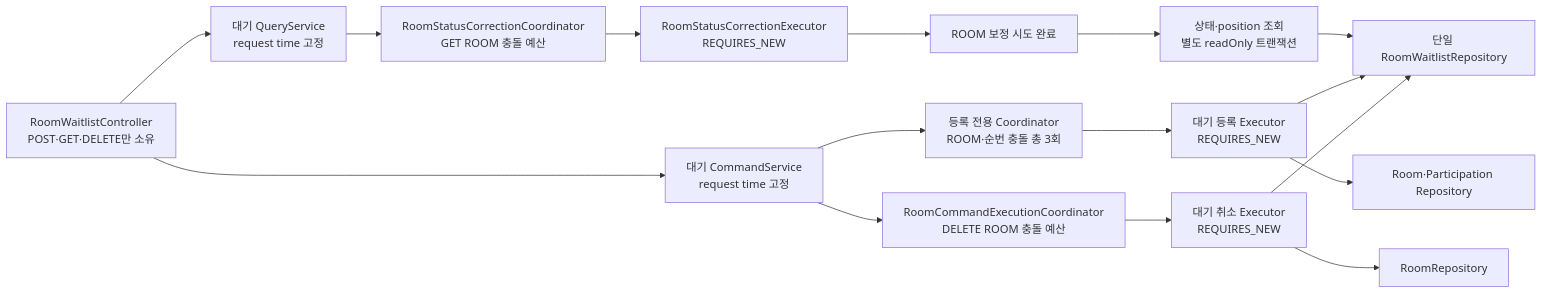
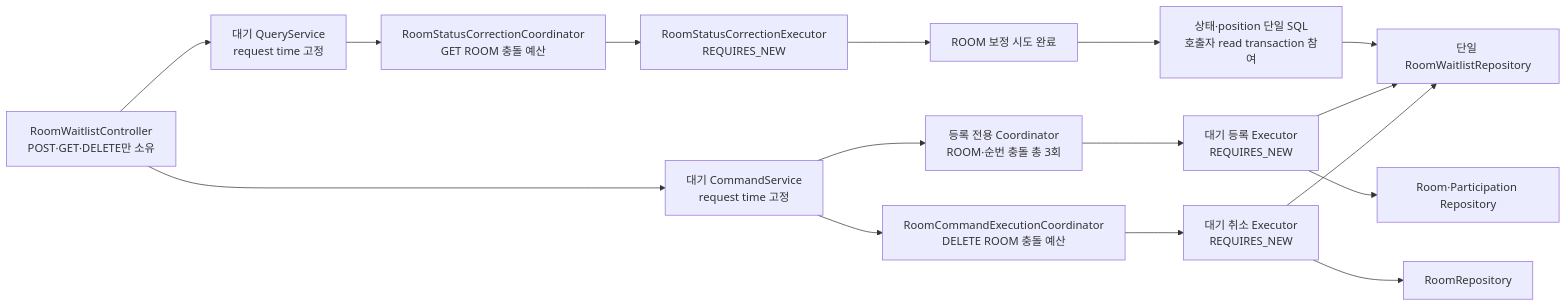
One commit to bamsongi-club/albam-mate changed the fourth of 7 diagrams in docs/ARCHITECTURE.md. Above: the diagram before and after it, drawn with Mermaid. The commit also changed other lines of this file, not shown here.

Commit message:
docs: 대기 조회 트랜잭션 경계 수정

````diff
--- a/docs/ARCHITECTURE.md
+++ b/docs/ARCHITECTURE.md
@@ -240,18 +240,18 @@
 ```mermaid
 flowchart LR
     waitlistController["RoomWaitlistController<br/>POST·GET·DELETE만 소유"] --> waitlistQuery["대기 QueryService<br/>request time 고정"]
     waitlistQuery --> statusCoordinator["RoomStatusCorrectionCoordinator<br/>GET ROOM 충돌 예산"]
     statusCoordinator --> statusExecutor["RoomStatusCorrectionExecutor<br/>REQUIRES_NEW"]
     statusExecutor --> correctionCommitted["ROOM 보정 시도 완료"]
-    correctionCommitted --> waitlistRead["상태·position 조회<br/>별도 readOnly 트랜잭션"]
+    correctionCommitted --> waitlistRead["상태·position 단일 SQL<br/>호출자 read transaction 참여"]
     waitlistRead --> waitlistRepository["단일 RoomWaitlistRepository"]
     waitlistController --> waitlistCommand["대기 CommandService<br/>request time 고정"]
     waitlistCommand --> waitlistCoordinator["등록 전용 Coordinator<br/>ROOM·순번 충돌 총 3회"]
     waitlistCoordinator --> waitlistExecutor["대기 등록 Executor<br/>REQUIRES_NEW"]
     waitlistExecutor --> waitlistRepositories["Room·Participation Repository"]
     waitlistExecutor --> waitlistRepository
     waitlistCommand --> roomCommandCoordinator["RoomCommandExecutionCoordinator<br/>DELETE ROOM 충돌 예산"]
     roomCommandCoordinator --> waitlistCancelExecutor["대기 취소 Executor<br/>REQUIRES_NEW"]
     waitlistCancelExecutor --> roomRepository["RoomRepository"]
     waitlistCancelExecutor --> waitlistRepository
 ```
````
